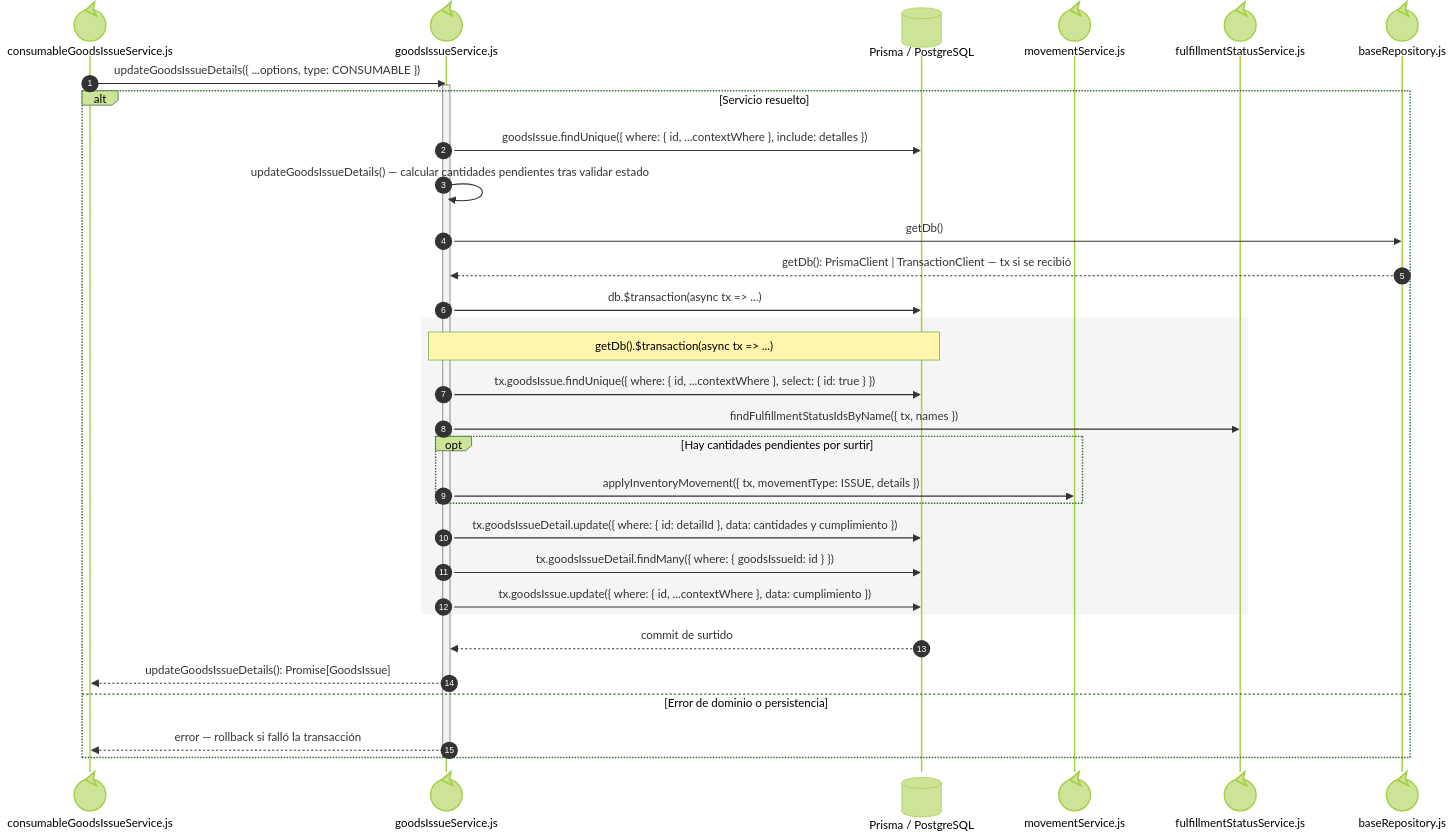
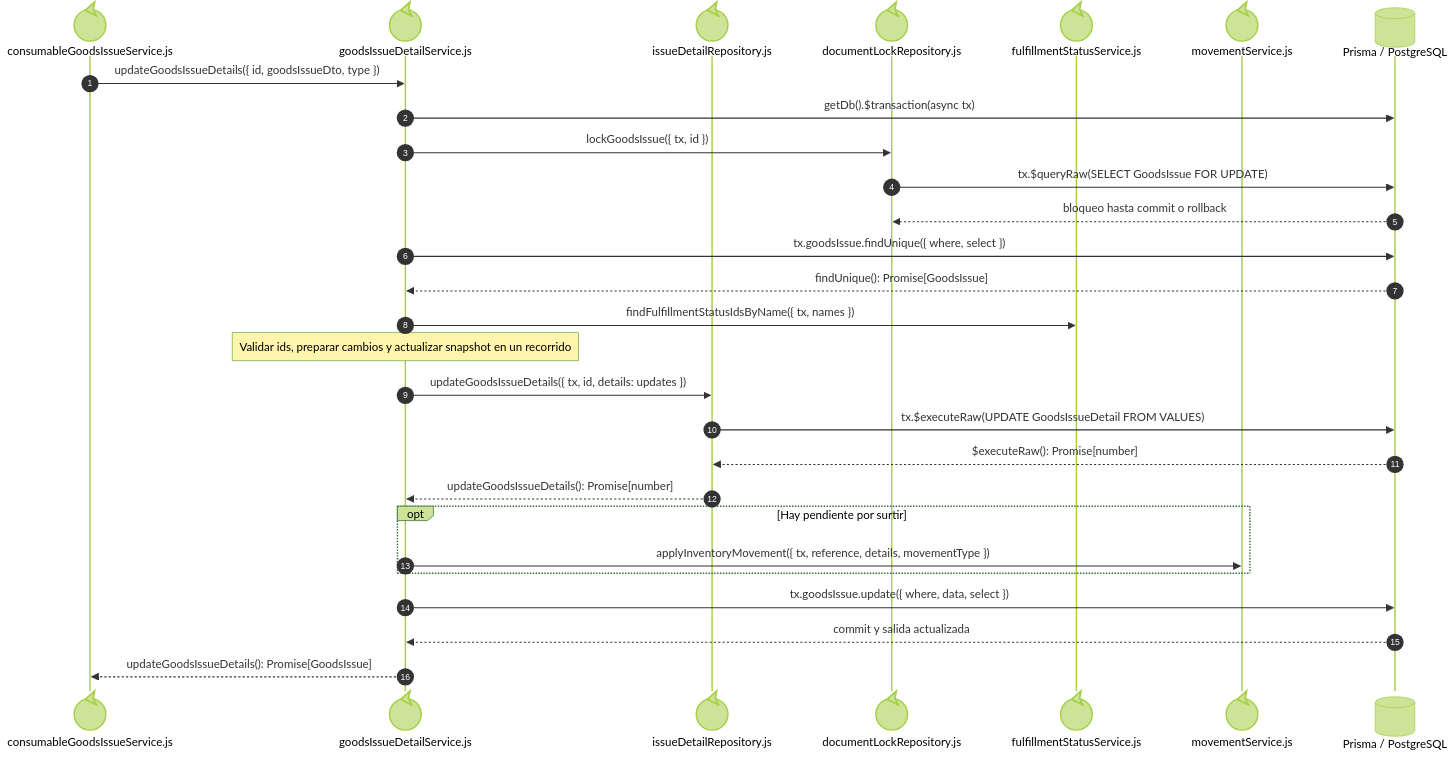
The fourth of 6 diagrams in docs/architecture/views/processes/backend-code-sequences/issues/cu-sal-19.md (gpgsistemas01/nexus), drawn with Mermaid (forest theme) before and after one commit. The commit also changed other lines of this file and 122 other files, not shown here.

````diff
--- a/docs/architecture/views/processes/backend-code-sequences/issues/cu-sal-19.md
+++ b/docs/architecture/views/processes/backend-code-sequences/issues/cu-sal-19.md
@@ -158,37 +160,30 @@
 ```mermaid
 sequenceDiagram
     autonumber
     participant Facade@{ "type": "control" } as consumableGoodsIssueService.js
-    participant Core@{ "type": "control" } as goodsIssueService.js
+    participant Core@{ "type": "control" } as goodsIssueDetailService.js
+    participant DetailRepository@{ "type": "control" } as issueDetailRepository.js
+    participant DocumentLock@{ "type": "control" } as documentLockRepository.js
+    participant Fulfillment@{ "type": "control" } as fulfillmentStatusService.js
+    participant Inventory@{ "type": "control" } as movementService.js
     participant Prisma@{ "type": "database" } as Prisma / PostgreSQL
-    participant Inventory@{ "type": "control" } as movementService.js
-    participant Fulfillment@{ "type": "control" } as fulfillmentStatusService.js
-
-    participant FileBaseRepository@{ "type": "control" } as baseRepository.js
-
-    Facade->>Core: updateGoodsIssueDetails({ ...options, type: CONSUMABLE })
-    activate Core
-    alt Servicio resuelto
-        Core->>Prisma: goodsIssue.findUnique({ where: { id, ...contextWhere }, include: detalles })
-        Core->>Core: updateGoodsIssueDetails() — calcular cantidades pendientes tras validar estado
-        Core->>FileBaseRepository: getDb()
-        FileBaseRepository-->>Core: getDb(): PrismaClient | TransactionClient — tx si se recibió
-        Core->>Prisma: db.$transaction(async tx => ...)
-        rect rgb(245, 245, 245)
-            Note over Core,Prisma: getDb().$transaction(async tx => ...)
-            Core->>Prisma: tx.goodsIssue.findUnique({ where: { id, ...contextWhere }, select: { id: true } })
-            Core->>Fulfillment: findFulfillmentStatusIdsByName({ tx, names })
-            opt Hay cantidades pendientes por surtir
-                Core->>Inventory: applyInventoryMovement({ tx, movementType: ISSUE, details })
-            end
-            Core->>Prisma: tx.goodsIssueDetail.update({ where: { id: detailId }, data: cantidades y cumplimiento })
-            Core->>Prisma: tx.goodsIssueDetail.findMany({ where: { goodsIssueId: id } })
-            Core->>Prisma: tx.goodsIssue.update({ where: { id, ...contextWhere }, data: cumplimiento })
-        end
-        Prisma-->>Core: commit de surtido
-        Core-->>Facade: updateGoodsIssueDetails(): Promise[GoodsIssue]
-    else Error de dominio o persistencia
-        Core-->>Facade: error — rollback si falló la transacción
+    Facade->>Core: updateGoodsIssueDetails({ id, goodsIssueDto, type })
+    Core->>Prisma: getDb().$transaction(async tx)
+    Core->>DocumentLock: lockGoodsIssue({ tx, id })
+    DocumentLock->>Prisma: tx.$queryRaw(SELECT GoodsIssue FOR UPDATE)
+    Prisma-->>DocumentLock: bloqueo hasta commit o rollback
+    Core->>Prisma: tx.goodsIssue.findUnique({ where, select })
+    Prisma-->>Core: findUnique(): Promise[GoodsIssue]
+    Core->>Fulfillment: findFulfillmentStatusIdsByName({ tx, names })
+    Note over Core: Validar ids, preparar cambios y actualizar snapshot en un recorrido
+    Core->>DetailRepository: updateGoodsIssueDetails({ tx, id, details: updates })
+    DetailRepository->>Prisma: tx.$executeRaw(UPDATE GoodsIssueDetail FROM VALUES)
+    Prisma-->>DetailRepository: $executeRaw(): Promise[number]
+    DetailRepository-->>Core: updateGoodsIssueDetails(): Promise[number]
+    opt Hay pendiente por surtir
+        Core->>Inventory: applyInventoryMovement({ tx, reference, details, movementType })
     end
-    deactivate Core
+    Core->>Prisma: tx.goodsIssue.update({ where, data, select })
+    Prisma-->>Core: commit y salida actualizada
+    Core-->>Facade: updateGoodsIssueDetails(): Promise[GoodsIssue]
 ```
````
